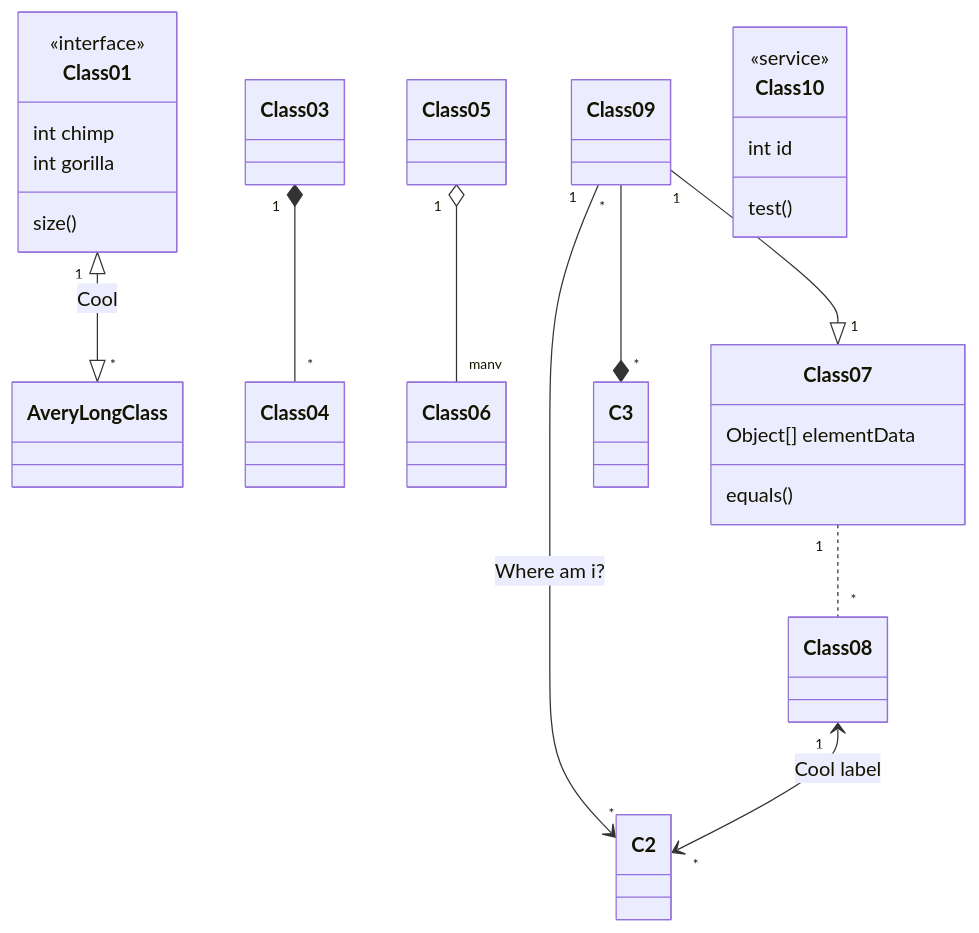
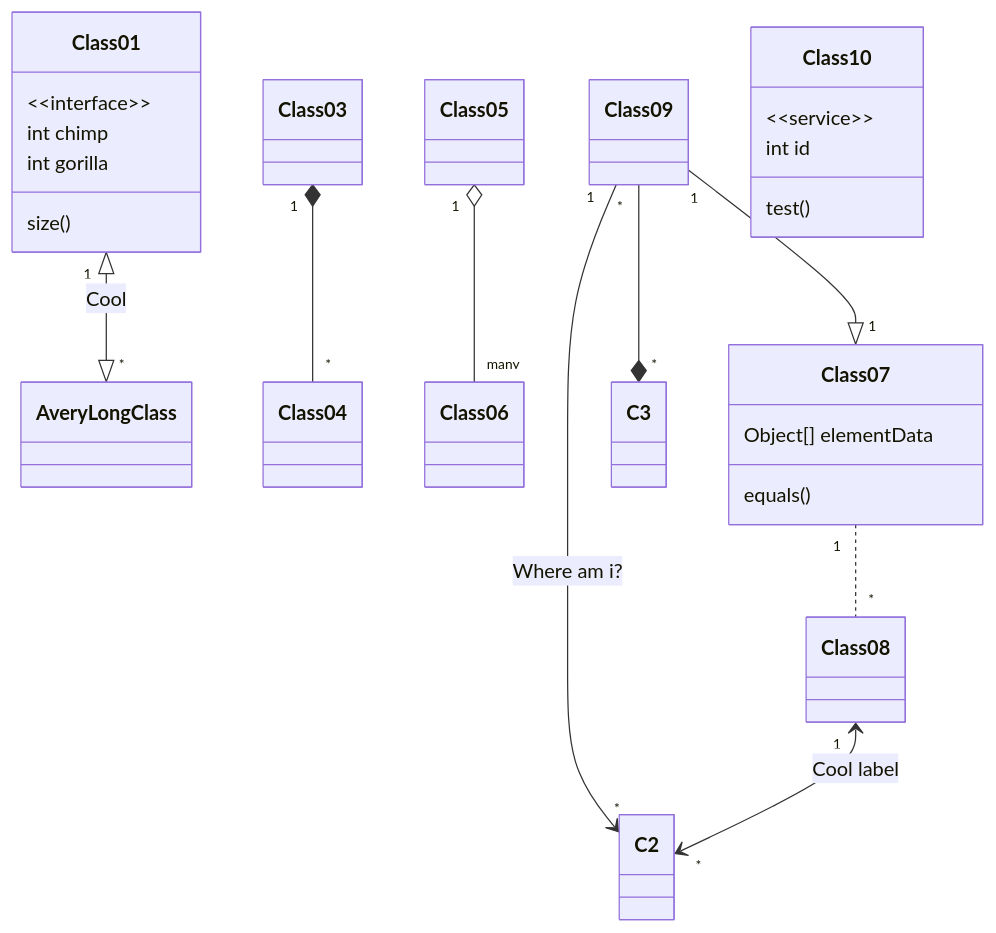
The diagram in e2e/diagrams/class-diagram/pr/2-should-render-a-simple-class-diagrams-with-cardinality-3.mmd (pbrolin47/mermaid-pbrolin47), drawn with Mermaid before and after one commit. The commit also changed 8 other files, not shown here.

```diff
--- a/e2e/diagrams/class-diagram/pr/2-should-render-a-simple-class-diagrams-with-cardinality-3.mmd
+++ b/e2e/diagrams/class-diagram/pr/2-should-render-a-simple-class-diagrams-with-cardinality-3.mmd
@@ -1,30 +1,30 @@
 ---
 description: >-
   classDiagram (v1 syntax) relationship smoke test where every relation
   carries explicit cardinality labels on both ends (e.g. `"1" <|--|> "*"`,
   `"1" o-- "many"`), across inheritance, composition, aggregation, link,
   dependency, association, and bidirectional-association arrow types, plus
-  an inline `<<interface>>` stereotype and a class body block.
+  an inline interface stereotype and a class body block.
 ---
 classDiagram
   Class01 "1" <|--|> "*" AveryLongClass : Cool
    class Class01 {
-    <<interface>>
+    &lt;&lt;interface&gt;&gt;
   }
   Class03 "1" *-- "*" Class04
   Class05 "1" o-- "many" Class06
   Class07 "1" .. "*" Class08
   Class09 "1" --> "*" C2 : Where am i?
   Class09 "*" --* "*" C3
   Class09 "1" --|> "1" Class07
   Class07  : equals()
   Class07  : Object[] elementData
   Class01  : size()
   Class01  : int chimp
   Class01  : int gorilla
   Class08 "1" <--> "*" C2: Cool label
   class Class10 {
-  <<service>>
+  &lt;&lt;service&gt;&gt;
   int id
   test()
   }
```
